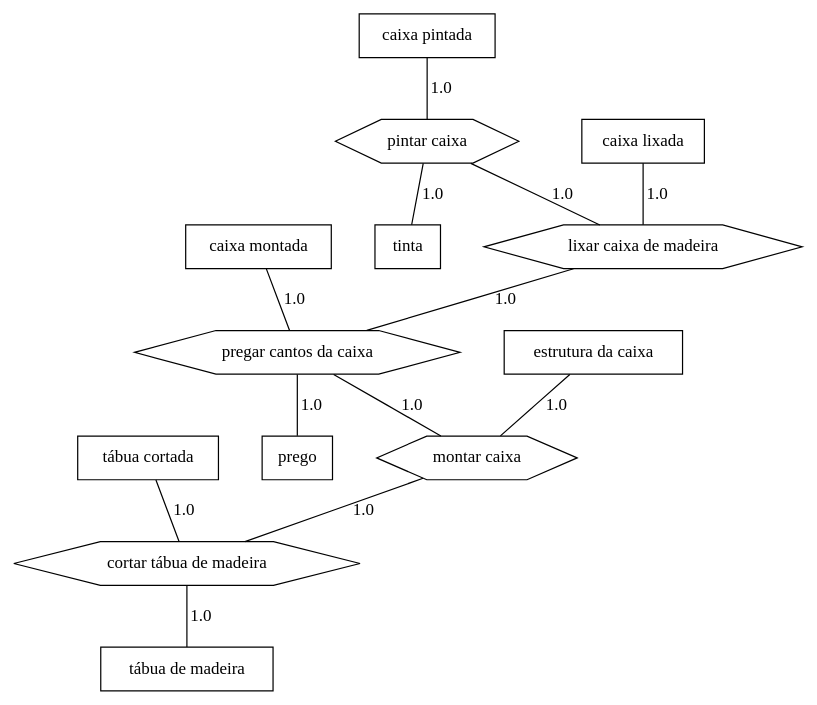
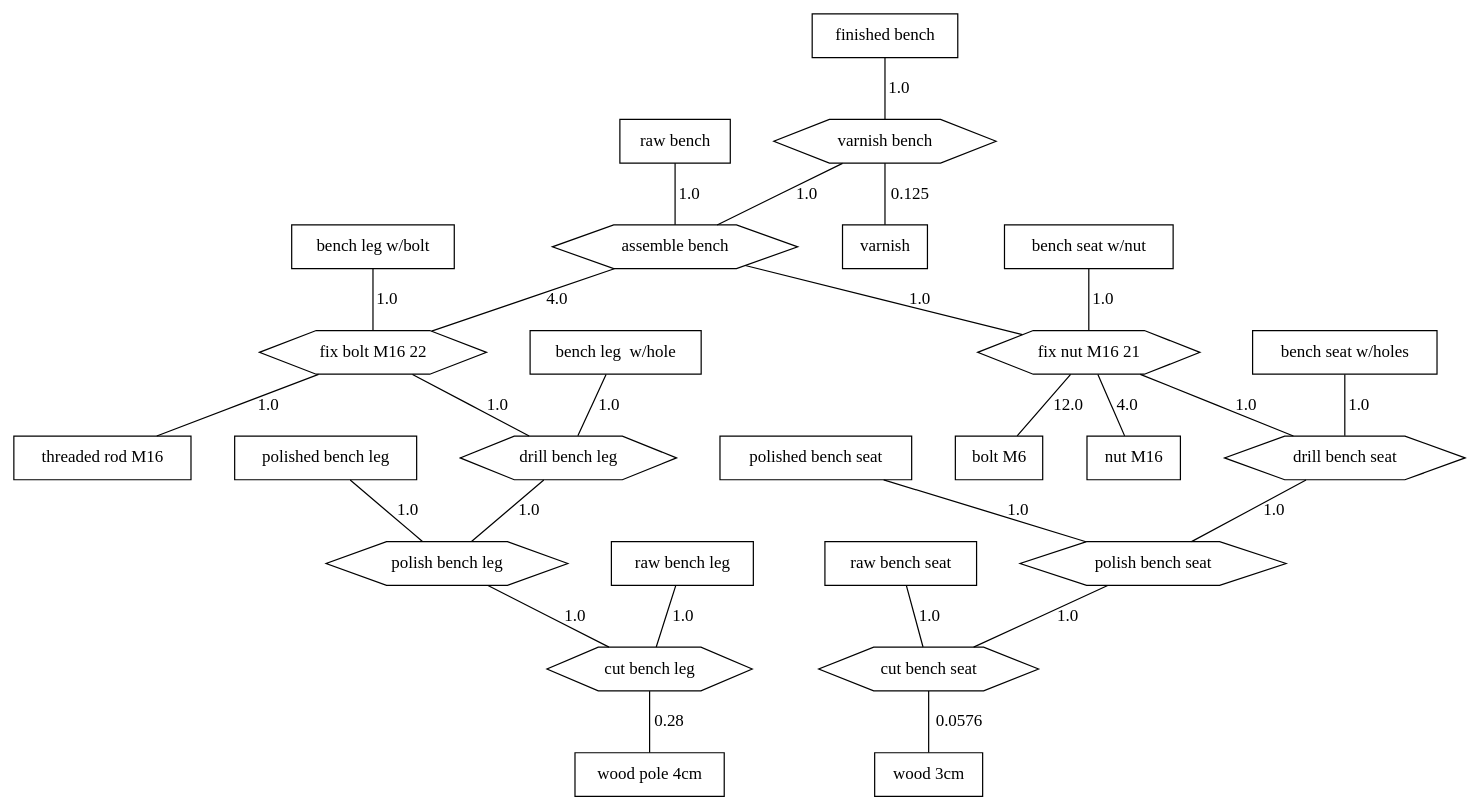
The diagram in outFiles/production_tree.dot (ricardomm7/buildflow), drawn with Graphviz before and after one commit. The commit also changed 3 other files, not shown here.

Commit message:
extra: DisplayProductionTree now supports graph visualization from a node.

```diff
--- a/outFiles/production_tree.dot
+++ b/outFiles/production_tree.dot
@@ -1,49 +1,107 @@
 graph G {
   splines=false;
   nodesep=0.5;
   ranksep=0.5;
-  "2001" [shape=box label="tábua de madeira"];
-  "2002" [shape=box label="tábua cortada"];
-  "2002" -- "1" [label="1.0"];
-  "1" [shape=hexagon label="cortar tábua de madeira"];
-  "1" -- "2001" [label="1.0"];
-  "2001" [shape=box label="tábua de madeira"];
-  "2003" [shape=box label="estrutura da caixa"];
-  "2003" -- "2" [label="1.0"];
-  "2" [shape=hexagon label="montar caixa"];
-  "2" -- "1" [label="1.0"];
-  "1" [shape=hexagon label="cortar tábua de madeira"];
-  "2001" [shape=box label="tábua de madeira"];
-  "2004" [shape=box label="prego"];
-  "2005" [shape=box label="caixa montada"];
-  "2005" -- "3" [label="1.0"];
-  "3" [shape=hexagon label="pregar cantos da caixa"];
-  "3" -- "2004" [label="1.0"];
-  "2004" [shape=box label="prego"];
-  "3" -- "2" [label="1.0"];
-  "2" [shape=hexagon label="montar caixa"];
-  "1" [shape=hexagon label="cortar tábua de madeira"];
-  "2001" [shape=box label="tábua de madeira"];
-  "2006" [shape=box label="caixa pintada"];
-  "2006" -- "5" [label="1.0"];
-  "5" [shape=hexagon label="pintar caixa"];
-  "5" -- "4" [label="1.0"];
-  "4" [shape=hexagon label="lixar caixa de madeira"];
-  "4" -- "3" [label="1.0"];
-  "3" [shape=hexagon label="pregar cantos da caixa"];
-  "2004" [shape=box label="prego"];
-  "2" [shape=hexagon label="montar caixa"];
-  "1" [shape=hexagon label="cortar tábua de madeira"];
-  "2001" [shape=box label="tábua de madeira"];
-  "5" -- "2008" [label="1.0"];
-  "2008" [shape=box label="tinta"];
-  "2007" [shape=box label="caixa lixada"];
-  "2007" -- "4" [label="1.0"];
-  "4" [shape=hexagon label="lixar caixa de madeira"];
-  "3" [shape=hexagon label="pregar cantos da caixa"];
-  "2004" [shape=box label="prego"];
-  "2" [shape=hexagon label="montar caixa"];
-  "1" [shape=hexagon label="cortar tábua de madeira"];
-  "2001" [shape=box label="tábua de madeira"];
-  "2008" [shape=box label="tinta"];
+  "1001" [shape=box label="bench leg  w/hole"];
+  "1001" -- "14" [label="1.0"];
+  "14" [shape=hexagon label="drill bench leg"];
+  "14" -- "18" [label="1.0"];
+  "18" [shape=hexagon label="polish bench leg"];
+  "18" -- "12" [label="1.0"];
+  "12" [shape=hexagon label="cut bench leg"];
+  "12" -- "1016" [label="0.28"];
+  "1016" [shape=box label="wood pole 4cm"];
+  "1002" [shape=box label="bench leg w/bolt"];
+  "1002" -- "16" [label="1.0"];
+  "16" [shape=hexagon label="fix bolt M16 22"];
+  "16" -- "1013" [label="1.0"];
+  "1013" [shape=box label="threaded rod M16"];
+  "16" -- "14" [label="1.0"];
+  "14" [shape=hexagon label="drill bench leg"];
+  "18" [shape=hexagon label="polish bench leg"];
+  "12" [shape=hexagon label="cut bench leg"];
+  "1016" [shape=box label="wood pole 4cm"];
+  "1003" [shape=box label="bench seat w/holes"];
+  "1003" -- "15" [label="1.0"];
+  "15" [shape=hexagon label="drill bench seat "];
+  "15" -- "19" [label="1.0"];
+  "19" [shape=hexagon label="polish bench seat "];
+  "19" -- "13" [label="1.0"];
+  "13" [shape=hexagon label="cut bench seat"];
+  "13" -- "1015" [label="0.0576"];
+  "1015" [shape=box label="wood 3cm"];
+  "1004" [shape=box label="bench seat w/nut"];
+  "1004" -- "17" [label="1.0"];
+  "17" [shape=hexagon label="fix nut M16 21"];
+  "17" -- "1005" [label="12.0"];
+  "1005" [shape=box label="bolt M6"];
+  "17" -- "1007" [label="4.0"];
+  "1007" [shape=box label="nut M16"];
+  "17" -- "15" [label="1.0"];
+  "15" [shape=hexagon label="drill bench seat "];
+  "19" [shape=hexagon label="polish bench seat "];
+  "13" [shape=hexagon label="cut bench seat"];
+  "1015" [shape=box label="wood 3cm"];
+  "1005" [shape=box label="bolt M6"];
+  "1006" [shape=box label="finished bench"];
+  "1006" -- "20" [label="1.0"];
+  "20" [shape=hexagon label="varnish bench "];
+  "20" -- "11" [label="1.0"];
+  "11" [shape=hexagon label="assemble bench "];
+  "11" -- "16" [label="4.0"];
+  "16" [shape=hexagon label="fix bolt M16 22"];
+  "1013" [shape=box label="threaded rod M16"];
+  "14" [shape=hexagon label="drill bench leg"];
+  "18" [shape=hexagon label="polish bench leg"];
+  "12" [shape=hexagon label="cut bench leg"];
+  "1016" [shape=box label="wood pole 4cm"];
+  "11" -- "17" [label="1.0"];
+  "17" [shape=hexagon label="fix nut M16 21"];
+  "1005" [shape=box label="bolt M6"];
+  "1007" [shape=box label="nut M16"];
+  "15" [shape=hexagon label="drill bench seat "];
+  "19" [shape=hexagon label="polish bench seat "];
+  "13" [shape=hexagon label="cut bench seat"];
+  "1015" [shape=box label="wood 3cm"];
+  "20" -- "1014" [label="0.125"];
+  "1014" [shape=box label="varnish"];
+  "1007" [shape=box label="nut M16"];
+  "1008" [shape=box label="polished bench leg"];
+  "1008" -- "18" [label="1.0"];
+  "18" [shape=hexagon label="polish bench leg"];
+  "12" [shape=hexagon label="cut bench leg"];
+  "1016" [shape=box label="wood pole 4cm"];
+  "1009" [shape=box label="polished bench seat"];
+  "1009" -- "19" [label="1.0"];
+  "19" [shape=hexagon label="polish bench seat "];
+  "13" [shape=hexagon label="cut bench seat"];
+  "1015" [shape=box label="wood 3cm"];
+  "1010" [shape=box label="raw bench"];
+  "1010" -- "11" [label="1.0"];
+  "11" [shape=hexagon label="assemble bench "];
+  "16" [shape=hexagon label="fix bolt M16 22"];
+  "1013" [shape=box label="threaded rod M16"];
+  "14" [shape=hexagon label="drill bench leg"];
+  "18" [shape=hexagon label="polish bench leg"];
+  "12" [shape=hexagon label="cut bench leg"];
+  "1016" [shape=box label="wood pole 4cm"];
+  "17" [shape=hexagon label="fix nut M16 21"];
+  "1005" [shape=box label="bolt M6"];
+  "1007" [shape=box label="nut M16"];
+  "15" [shape=hexagon label="drill bench seat "];
+  "19" [shape=hexagon label="polish bench seat "];
+  "13" [shape=hexagon label="cut bench seat"];
+  "1015" [shape=box label="wood 3cm"];
+  "1011" [shape=box label="raw bench leg"];
+  "1011" -- "12" [label="1.0"];
+  "12" [shape=hexagon label="cut bench leg"];
+  "1016" [shape=box label="wood pole 4cm"];
+  "1012" [shape=box label="raw bench seat"];
+  "1012" -- "13" [label="1.0"];
+  "13" [shape=hexagon label="cut bench seat"];
+  "1015" [shape=box label="wood 3cm"];
+  "1013" [shape=box label="threaded rod M16"];
+  "1014" [shape=box label="varnish"];
+  "1015" [shape=box label="wood 3cm"];
+  "1016" [shape=box label="wood pole 4cm"];
 }
```
